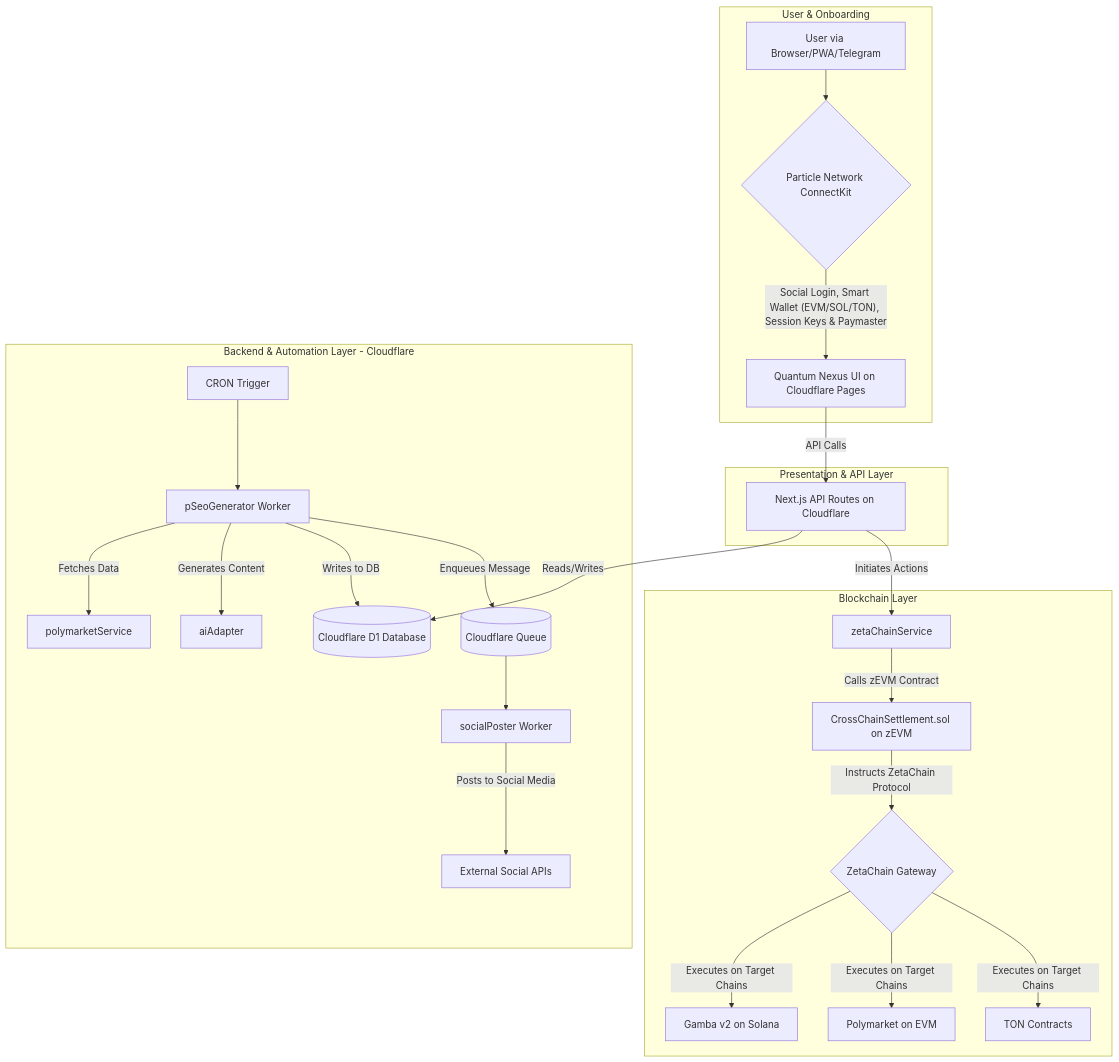
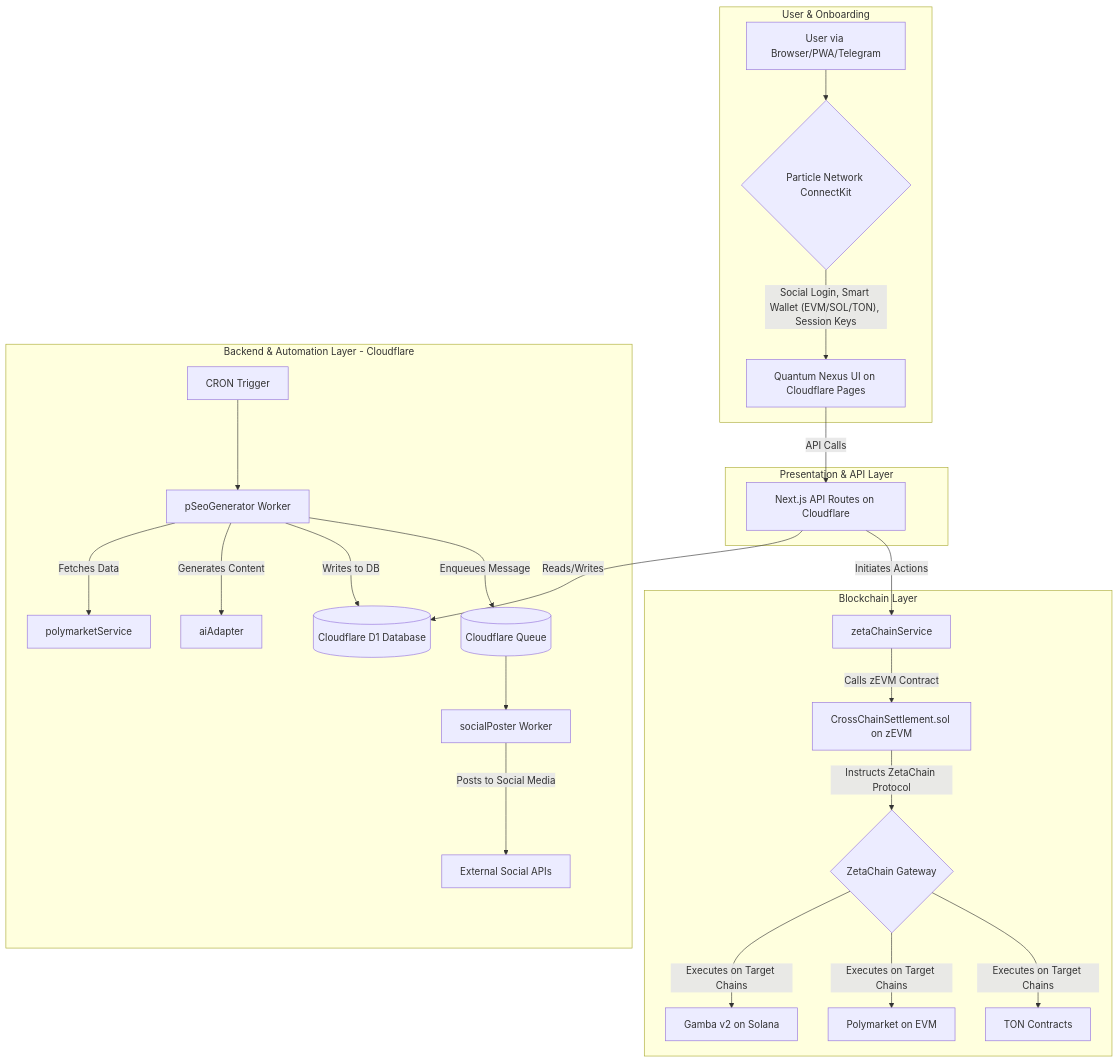
The diagram in docs/architecture/architecture.md (randy888chan/gaming), drawn with Mermaid before and after one commit. The commit also changed other lines of this file, not shown here.

````diff
--- a/docs/architecture/architecture.md
+++ b/docs/architecture/architecture.md
@@ -12,31 +9,31 @@
 ```mermaid
 graph TD
     subgraph User & Onboarding
         A[User via Browser/PWA/Telegram] --> B{Particle Network ConnectKit};
-        B -- "Social Login, Smart Wallet (EVM/SOL/TON), Session Keys & Paymaster" --> C[Quantum Nexus UI on Cloudflare Pages];
+        B -- "Social Login, Smart Wallet (EVM/SOL/TON), Session Keys" --> C[Quantum Nexus UI on Cloudflare Pages];
     end
 
     subgraph Presentation & API Layer
         C -- "API Calls" --> D[Next.js API Routes on Cloudflare];
     end
 
     subgraph Backend & Automation Layer - Cloudflare
         F[CRON Trigger] --> pSEO_Worker[pSeoGenerator Worker];
         pSEO_Worker -- "Fetches Data" --> polymarketService[polymarketService];
         pSEO_Worker -- "Generates Content" --> aiAdapter[aiAdapter];
         pSEO_Worker -- "Writes to DB" --> D1[(Cloudflare D1 Database)];
         pSEO_Worker -- "Enqueues Message" --> Queue[(Cloudflare Queue)];
         Queue --> Social_Worker[socialPoster Worker];
         Social_Worker -- "Posts to Social Media" --> ExternalAPIs[External Social APIs];
         D -- "Reads/Writes" --> D1;
     end
 
     subgraph Blockchain Layer
         D -- "Initiates Actions" --> zetaChainService[zetaChainService];
         zetaChainService -- "Calls zEVM Contract" --> UniversalContract[CrossChainSettlement.sol on zEVM];
         UniversalContract -- "Instructs ZetaChain Protocol" --> ZetaGateway{ZetaChain Gateway};
         ZetaGateway -- "Executes on Target Chains" --> Gamba[Gamba v2 on Solana];
         ZetaGateway -- "Executes on Target Chains" --> Polymarket[Polymarket on EVM];
         ZetaGateway -- "Executes on Target Chains" --> TONContracts[TON Contracts];
     end
 ```
````
